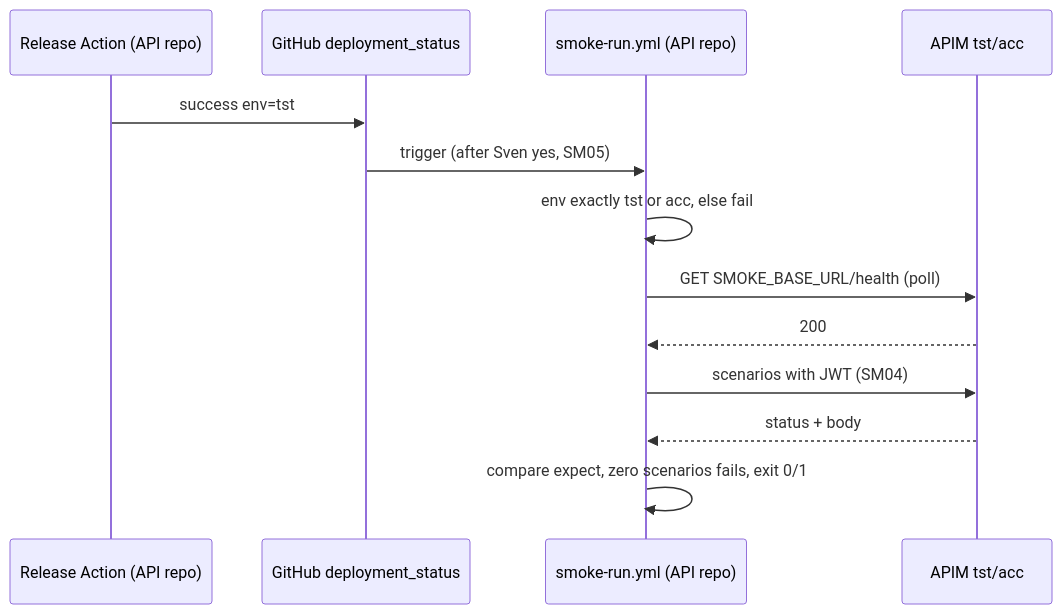
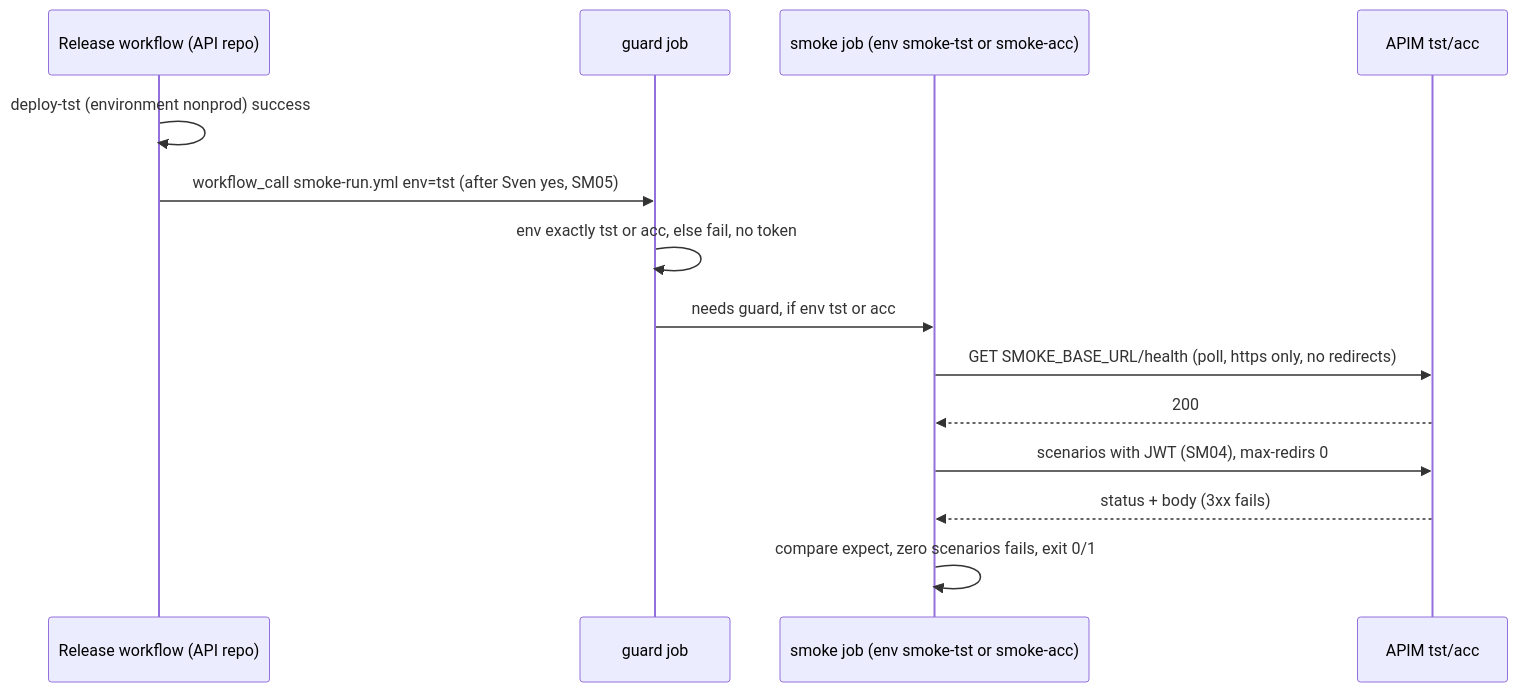
One commit to svennijhuis/agentic-workflows changed the first of 2 diagrams in docs/pbi/smoke/SM03.md. Above: the diagram before and after it, drawn with Mermaid. The commit also changed other lines of this file and 6 other files, not shown here.

Commit message:
docs(pbi): smoke SM03-SM07, Cursor review fixes at 3c65a17, workflow_call instead of deployment_status (nonprod), own smoke environment

````diff
--- a/docs/pbi/smoke/SM03.md
+++ b/docs/pbi/smoke/SM03.md
@@ -42,15 +51,16 @@
 ```mermaid
 sequenceDiagram
-  participant R as Release Action (API repo)
-  participant GH as GitHub deployment_status
-  participant S as smoke-run.yml (API repo)
+  participant R as Release workflow (API repo)
+  participant G as guard job
+  participant S as smoke job (env smoke-tst or smoke-acc)
   participant API as APIM tst/acc
-  R->>GH: success env=tst
-  GH->>S: trigger (after Sven yes, SM05)
-  S->>S: env exactly tst or acc, else fail
-  S->>API: GET SMOKE_BASE_URL/health (poll)
+  R->>R: deploy-tst (environment nonprod) success
+  R->>G: workflow_call smoke-run.yml env=tst (after Sven yes, SM05)
+  G->>G: env exactly tst or acc, else fail, no token
+  G->>S: needs guard, if env tst or acc
+  S->>API: GET SMOKE_BASE_URL/health (poll, https only, no redirects)
   API-->>S: 200
-  S->>API: scenarios with JWT (SM04)
-  API-->>S: status + body
+  S->>API: scenarios with JWT (SM04), max-redirs 0
+  API-->>S: status + body (3xx fails)
   S->>S: compare expect, zero scenarios fails, exit 0/1
 ```
````
